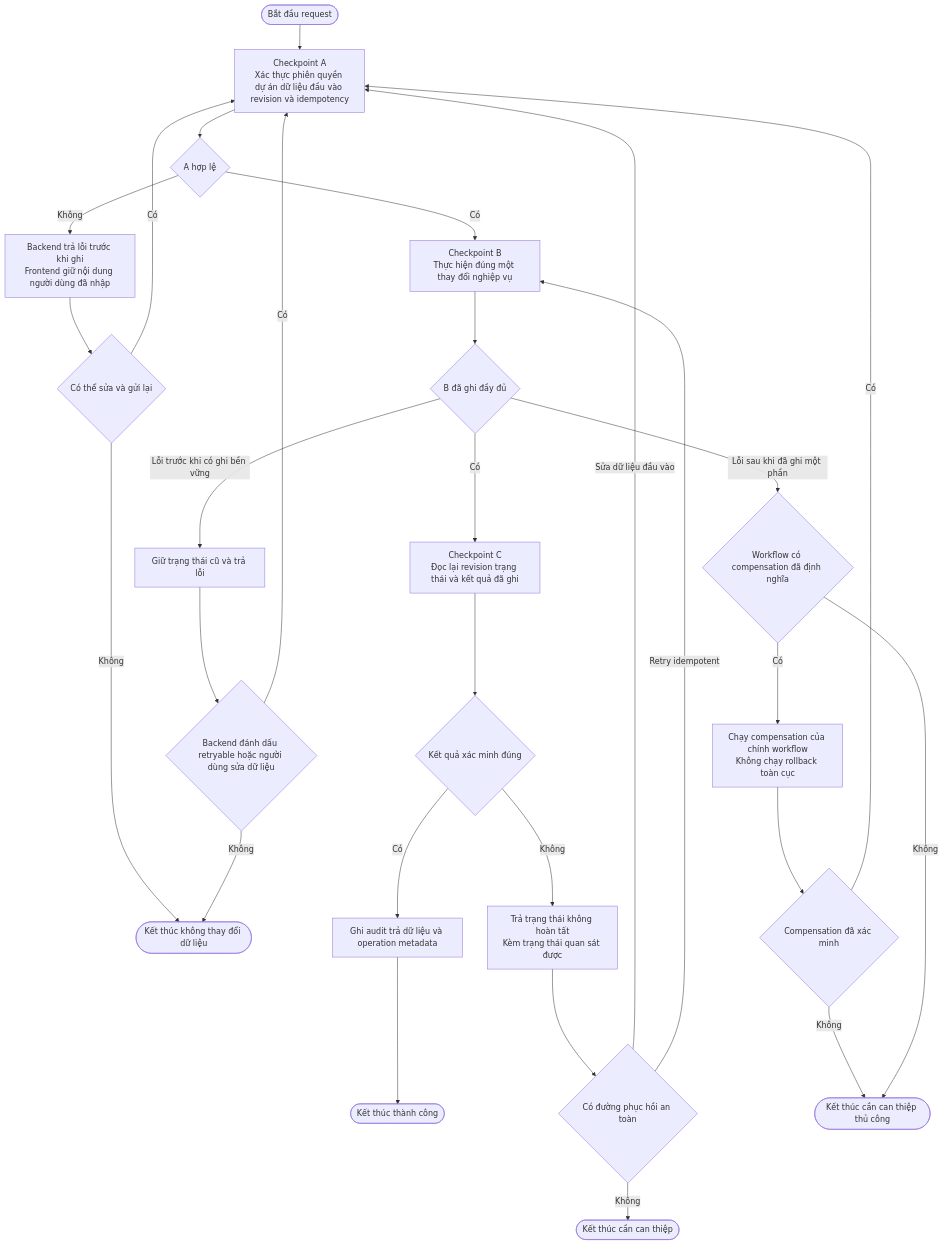
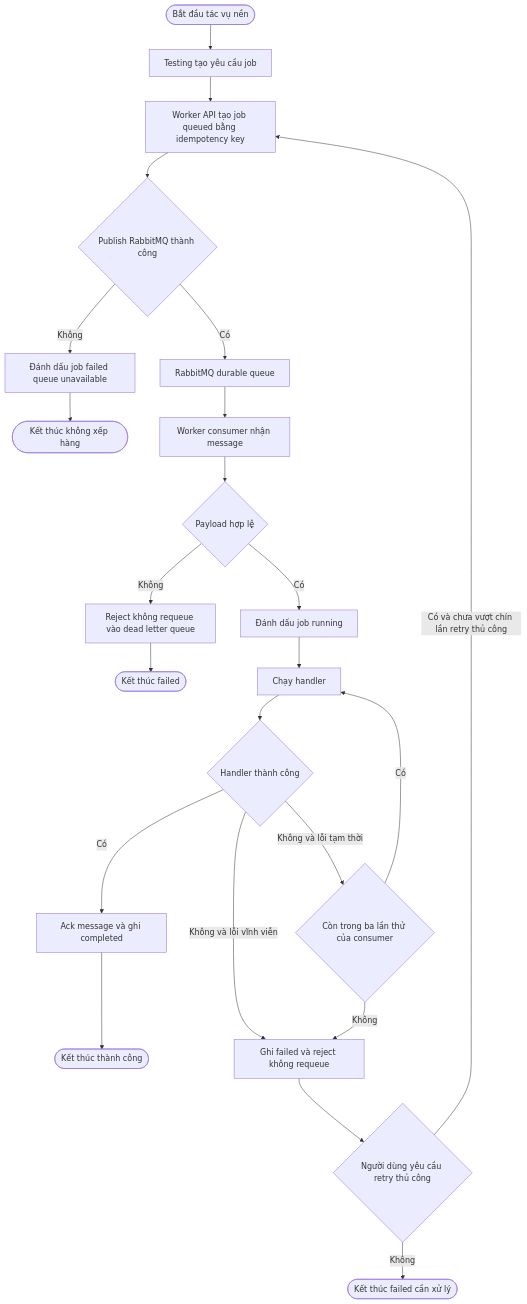
One commit to MinTruqday/Veriq changed the fifth of 10 diagrams in docs/kien-truc/FRAMEWORK_VERIQ.md. Above: the diagram before and after it, drawn with Mermaid. The commit also changed other lines of this file and 16 other files, not shown here.

````diff
--- a/docs/kien-truc/FRAMEWORK_VERIQ.md
+++ b/docs/kien-truc/FRAMEWORK_VERIQ.md
@@ -56,35 +201,25 @@
 ```mermaid
 flowchart TD
-    S([Bắt đầu request]) --> A[Checkpoint A<br/>Xác thực phiên quyền dự án dữ liệu đầu vào revision và idempotency]
-    A --> AD{A hợp lệ}
-
-    AD -->|Không| AERR[Backend trả lỗi trước khi ghi<br/>Frontend giữ nội dung người dùng đã nhập]
-    AERR --> ARETRY{Có thể sửa và gửi lại}
-    ARETRY -->|Có| A
-    ARETRY -->|Không| END_NO_CHANGE([Kết thúc không thay đổi dữ liệu])
-
-    AD -->|Có| B[Checkpoint B<br/>Thực hiện đúng một thay đổi nghiệp vụ]
-    B --> BD{B đã ghi đầy đủ}
-
-    BD -->|Có| C[Checkpoint C<br/>Đọc lại revision trạng thái và kết quả đã ghi]
-    C --> CD{Kết quả xác minh đúng}
-    CD -->|Có| AUDIT[Ghi audit trả dữ liệu và operation metadata]
-    AUDIT --> END_SUCCESS([Kết thúc thành công])
-    CD -->|Không| CERR[Trả trạng thái không hoàn tất<br/>Kèm trạng thái quan sát được]
-    CERR --> CRETRY{Có đường phục hồi an toàn}
-    CRETRY -->|Sửa dữ liệu đầu vào| A
-    CRETRY -->|Retry idempotent| B
-    CRETRY -->|Không| END_INTERVENTION([Kết thúc cần can thiệp])
-
-    BD -->|Lỗi trước khi có ghi bền vững| BPRE[Giữ trạng thái cũ và trả lỗi]
-    BPRE --> BPRE_RETRY{Backend đánh dấu retryable hoặc người dùng sửa dữ liệu}
-    BPRE_RETRY -->|Có| A
-    BPRE_RETRY -->|Không| END_NO_CHANGE
-
-    BD -->|Lỗi sau khi đã ghi một phần| BPARTIAL{Workflow có compensation đã định nghĩa}
-    BPARTIAL -->|Có| COMP[Chạy compensation của chính workflow<br/>Không chạy rollback toàn cục]
-    COMP --> COMP_OK{Compensation đã xác minh}
-    COMP_OK -->|Có| A
-    COMP_OK -->|Không| END_MANUAL([Kết thúc cần can thiệp thủ công])
-    BPARTIAL -->|Không| END_MANUAL
+    S([Bắt đầu tác vụ nền]) --> A[Testing tạo yêu cầu job]
+    A --> B[Worker API tạo job queued bằng idempotency key]
+    B --> C{Publish RabbitMQ thành công}
+    C -->|Không| C1[Đánh dấu job failed queue unavailable]
+    C1 --> X1([Kết thúc không xếp hàng])
+    C -->|Có| D[RabbitMQ durable queue]
+    D --> E[Worker consumer nhận message]
+    E --> F{Payload hợp lệ}
+    F -->|Không| G[Reject không requeue vào dead letter queue]
+    G --> X2([Kết thúc failed])
+    F -->|Có| H[Đánh dấu job running]
+    H --> I[Chạy handler]
+    I --> J{Handler thành công}
+    J -->|Có| K[Ack message và ghi completed]
+    K --> X3([Kết thúc thành công])
+    J -->|Không và lỗi vĩnh viễn| L[Ghi failed và reject không requeue]
+    J -->|Không và lỗi tạm thời| M{Còn trong ba lần thử của consumer}
+    M -->|Có| I
+    M -->|Không| L
+    L --> N{Người dùng yêu cầu retry thủ công}
+    N -->|Có và chưa vượt chín lần retry thủ công| B
+    N -->|Không| X4([Kết thúc failed cần xử lý])
 ```
````
